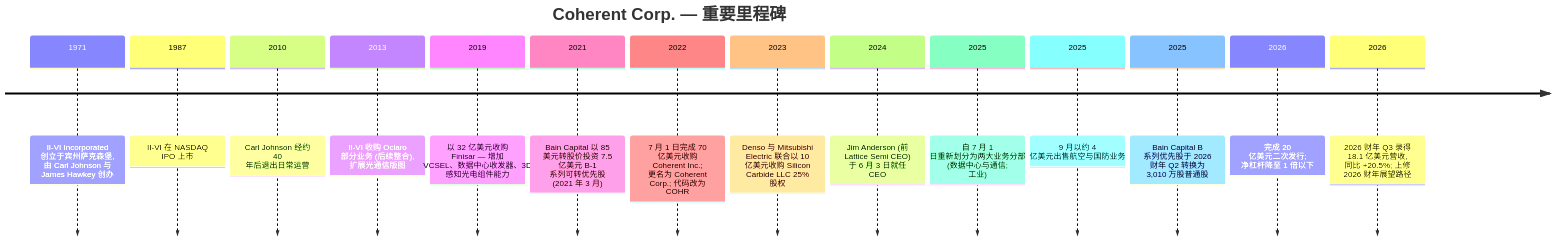
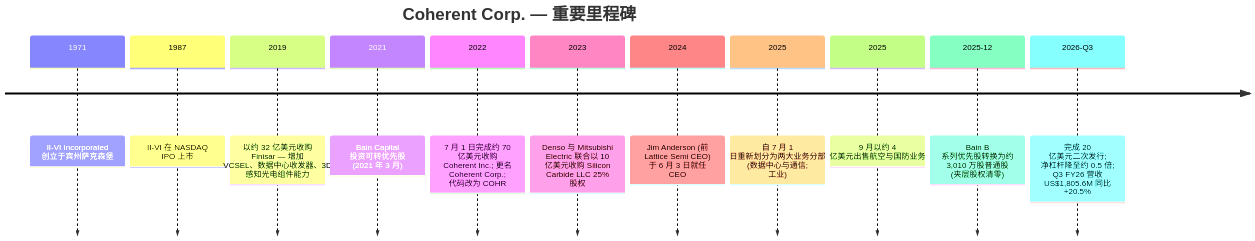
The first of 4 diagrams in reports/company/Coherent_NYSE_COHR/Coherent_NYSE_COHR_公司研究.md (dadachundan/financial_agent), drawn with Mermaid before and after one commit. The commit also changed other lines of this file and 16 other files, not shown here.

First line of the commit message:
feat(company-research): refresh Coherent (COHR) to current spec

````diff
--- a/reports/company/Coherent_NYSE_COHR/Coherent_NYSE_COHR_公司研究.md
+++ b/reports/company/Coherent_NYSE_COHR/Coherent_NYSE_COHR_公司研究.md
@@ -75,18 +307,15 @@
 ```mermaid
 timeline
     title Coherent Corp. — 重要里程碑
-    1971 : II-VI Incorporated 创立于宾州萨克森堡, 由 Carl Johnson 与 James Hawkey 创办
+    1971 : II-VI Incorporated 创立于宾州萨克森堡
     1987 : II-VI 在 NASDAQ IPO 上市
-    2010 : Carl Johnson 经约 40 年后退出日常运营
-    2013 : II-VI 收购 Oclaro 部分业务 (后续整合), 扩展光通信版图
-    2019 : 以 32 亿美元收购 Finisar — 增加 VCSEL、数据中心收发器、3D 感知光电组件能力
-    2021 : Bain Capital 以 85 美元转股价投资 7.5 亿美元 B-1 系列可转优先股 (2021 年 3 月)
-    2022 : 7 月 1 日完成 70 亿美元收购 Coherent Inc.; 更名为 Coherent Corp.; 代码改为 COHR
+    2019 : 以约 32 亿美元收购 Finisar — 增加 VCSEL、数据中心收发器、3D 感知光电组件能力
+    2021 : Bain Capital 投资可转优先股 (2021 年 3 月)
+    2022 : 7 月 1 日完成约 70 亿美元收购 Coherent Inc.; 更名 Coherent Corp.; 代码改为 COHR
     2023 : Denso 与 Mitsubishi Electric 联合以 10 亿美元收购 Silicon Carbide LLC 25% 股权
     2024 : Jim Anderson (前 Lattice Semi CEO) 于 6 月 3 日就任 CEO
     2025 : 自 7 月 1 日重新划分为两大业务分部 (数据中心与通信; 工业)
     2025 : 9 月以约 4 亿美元出售航空与国防业务
-    2025 : Bain Capital B 系列优先股于 2026 财年 Q2 转换为 3,010 万股普通股
-    2026 : 完成 20 亿美元二次发行; 净杠杆降至 1 倍以下
-    2026 : 2026 财年 Q3 录得 18.1 亿美元营收, 同比 +20.5%; 上修 2026 财年展望路径
+    2025-12 : Bain B 系列优先股转换为约 3,010 万股普通股 (夹层股权清零)
+    2026-Q3 : 完成 20 亿美元二次发行; 净杠杆降至约 0.5 倍; Q3 FY26 营收 US$1,805.6M 同比 +20.5%
 ```
````
